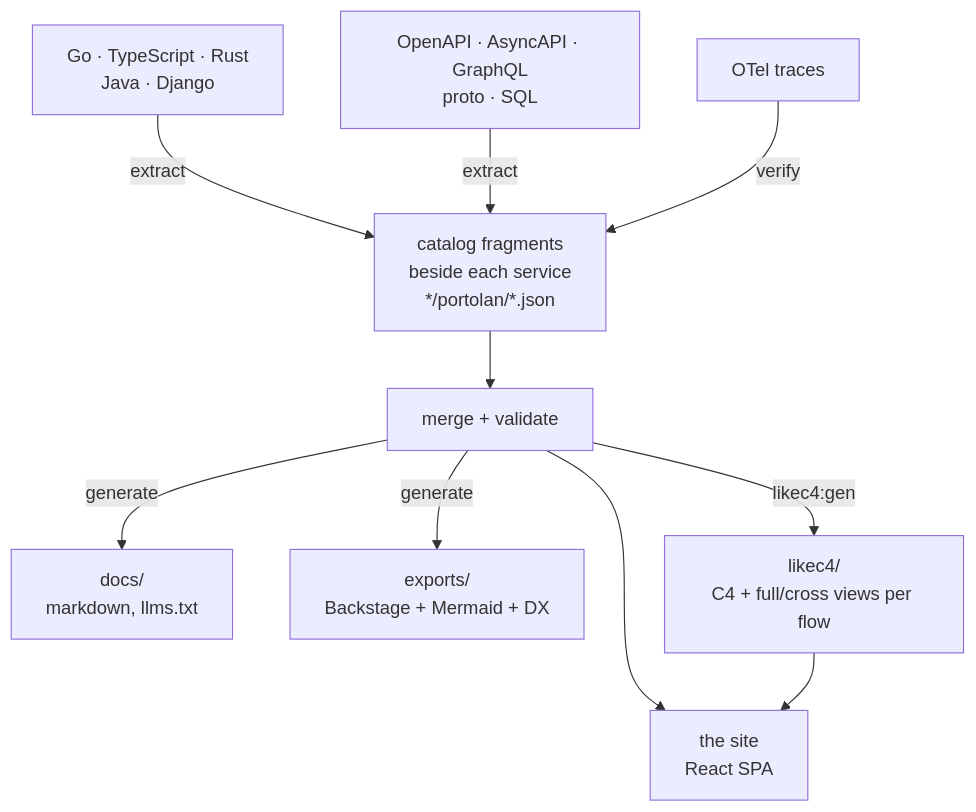
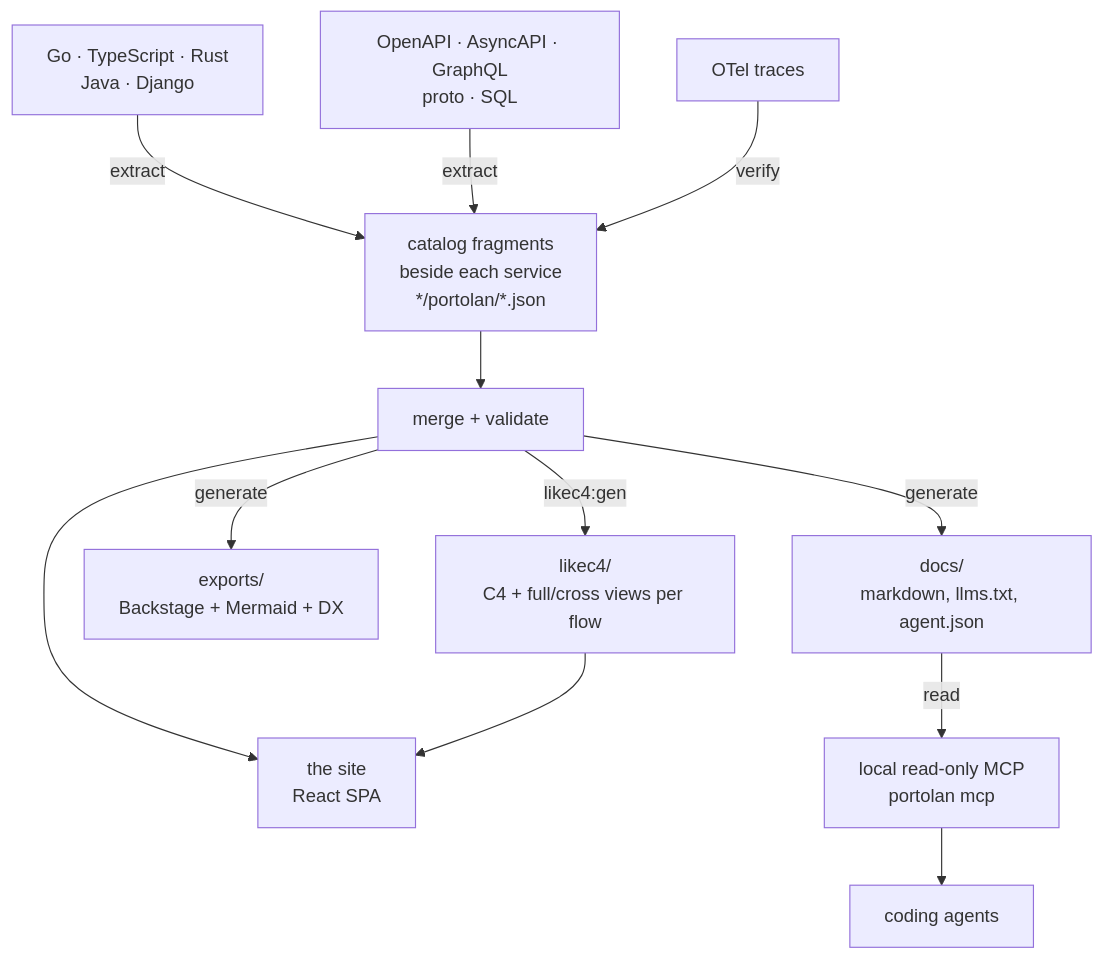
The diagram in README.md (shortlink-org/portolan), drawn with Mermaid before and after one commit. The commit also changed other lines of this file and 22 other files, not shown here.

Commit message:
feat: expose catalog through read-only MCP

````diff
--- a/README.md
+++ b/README.md
@@ -45,21 +47,24 @@
 ```mermaid
 flowchart TB
   code["Go · TypeScript · Rust<br/>Java · Django"]
   specs["OpenAPI · AsyncAPI · GraphQL<br/>proto · SQL"]
   traces["OTel traces"]
   frag["catalog fragments<br/>beside each service<br/>*/portolan/*.json"]
   merged["merge + validate"]
   site["the site<br/>React SPA"]
-  docs["docs/<br/>markdown, llms.txt"]
+  docs["docs/<br/>markdown, llms.txt, agent.json"]
+  mcp["local read-only MCP<br/>portolan mcp"]
+  agents["coding agents"]
   exports["exports/<br/>Backstage + Mermaid + DX"]
   c4["likec4/<br/>C4 + full/cross views per flow"]
 
   code -- extract --> frag
   specs -- extract --> frag
   traces -- verify --> frag
   frag --> merged
   merged --> site
   merged -- generate --> docs
+  docs -- read --> mcp --> agents
   merged -- generate --> exports
   merged -- likec4:gen --> c4 --> site
 ```
````
